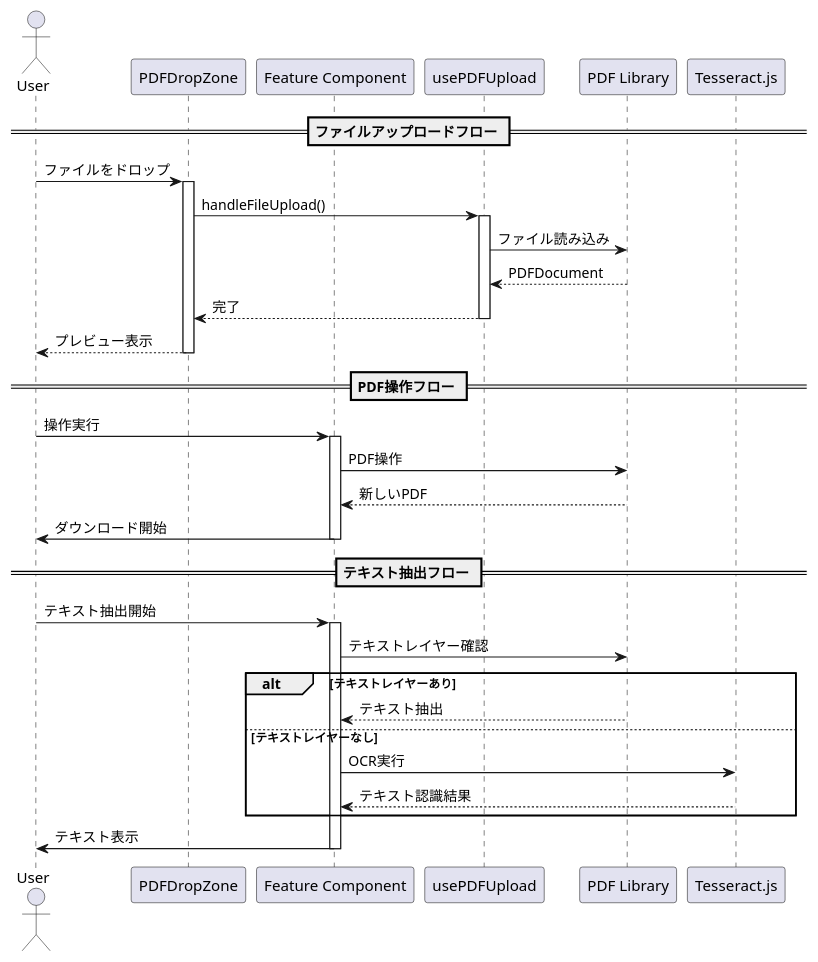
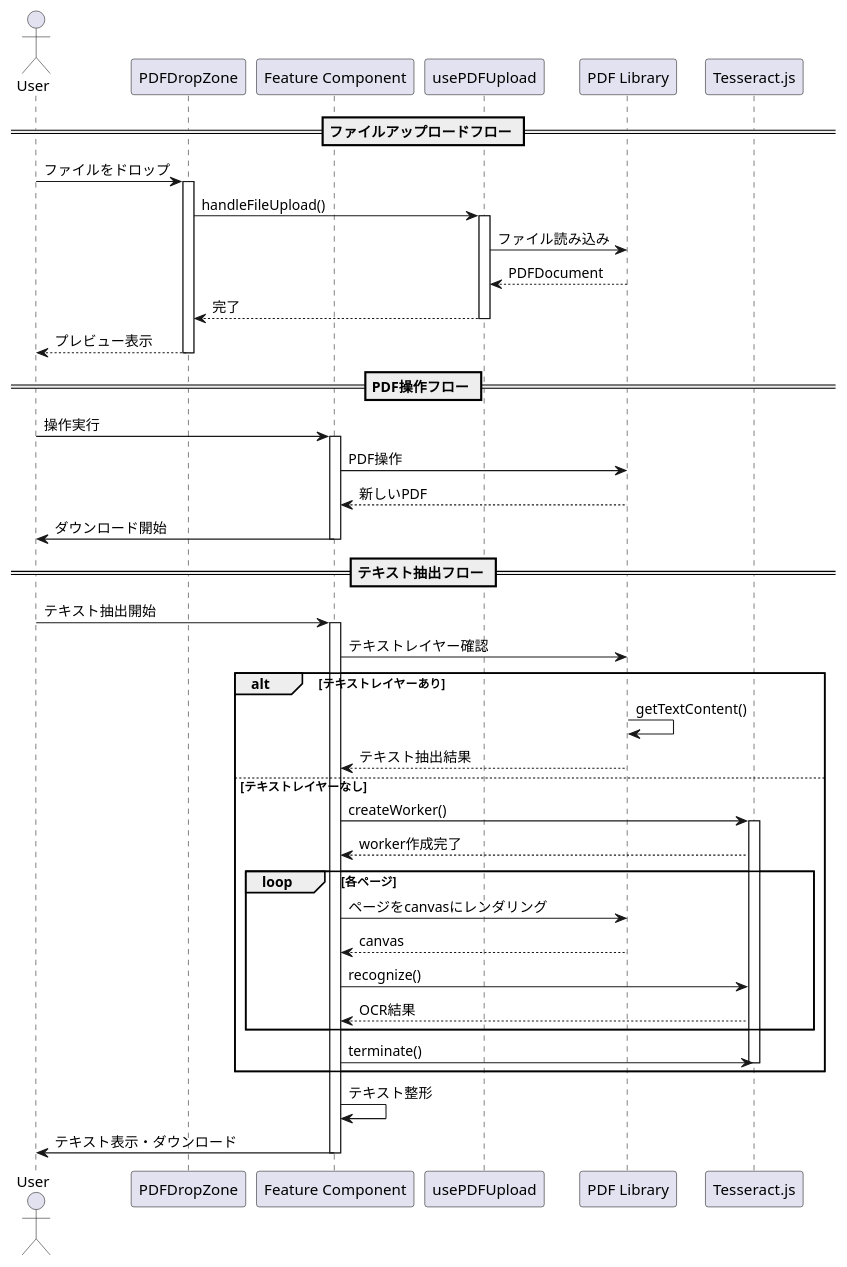
The diagram in materials/sequence_diagram.puml (Simpwell/pdfcomposer), drawn with PlantUML before and after one commit.

Commit message:
Update sequence diagram for text extraction flow

```diff
--- a/materials/sequence_diagram.puml
+++ b/materials/sequence_diagram.puml
@@ -1,42 +1,54 @@
 @startuml
 
 actor User
 participant PDFDropZone
 participant "Feature Component" as Feature
 participant usePDFUpload
 participant "PDF Library" as PDFLib
+participant "Tesseract.js" as OCR
 
 == ファイルアップロードフロー ==
 User -> PDFDropZone: ファイルをドロップ
 activate PDFDropZone
 PDFDropZone -> usePDFUpload: handleFileUpload()
 activate usePDFUpload
 usePDFUpload -> PDFLib: ファイル読み込み
 PDFLib --> usePDFUpload: PDFDocument
 usePDFUpload --> PDFDropZone: 完了
 deactivate usePDFUpload
 PDFDropZone --> User: プレビュー表示
 deactivate PDFDropZone
 
 == PDF操作フロー ==
 User -> Feature: 操作実行
 activate Feature
 Feature -> PDFLib: PDF操作
 PDFLib --> Feature: 新しいPDF
 Feature -> User: ダウンロード開始
 deactivate Feature
 
 == テキスト抽出フロー ==
 User -> Feature: テキスト抽出開始
 activate Feature
 Feature -> PDFLib: テキストレイヤー確認
 alt テキストレイヤーあり
-    PDFLib --> Feature: テキスト抽出
+    PDFLib -> PDFLib: getTextContent()
+    PDFLib --> Feature: テキスト抽出結果
 else テキストレイヤーなし
-    Feature -> "Tesseract.js": OCR実行
-    "Tesseract.js" --> Feature: テキスト認識結果
+    Feature -> OCR: createWorker()
+    activate OCR
+    OCR --> Feature: worker作成完了
+    loop 各ページ
+        Feature -> PDFLib: ページをcanvasにレンダリング
+        PDFLib --> Feature: canvas
+        Feature -> OCR: recognize()
+        OCR --> Feature: OCR結果
+    end
+    Feature -> OCR: terminate()
+    deactivate OCR
 end
-Feature -> User: テキスト表示
+Feature -> Feature: テキスト整形
+Feature -> User: テキスト表示・ダウンロード
 deactivate Feature
 
 @enduml 
```
